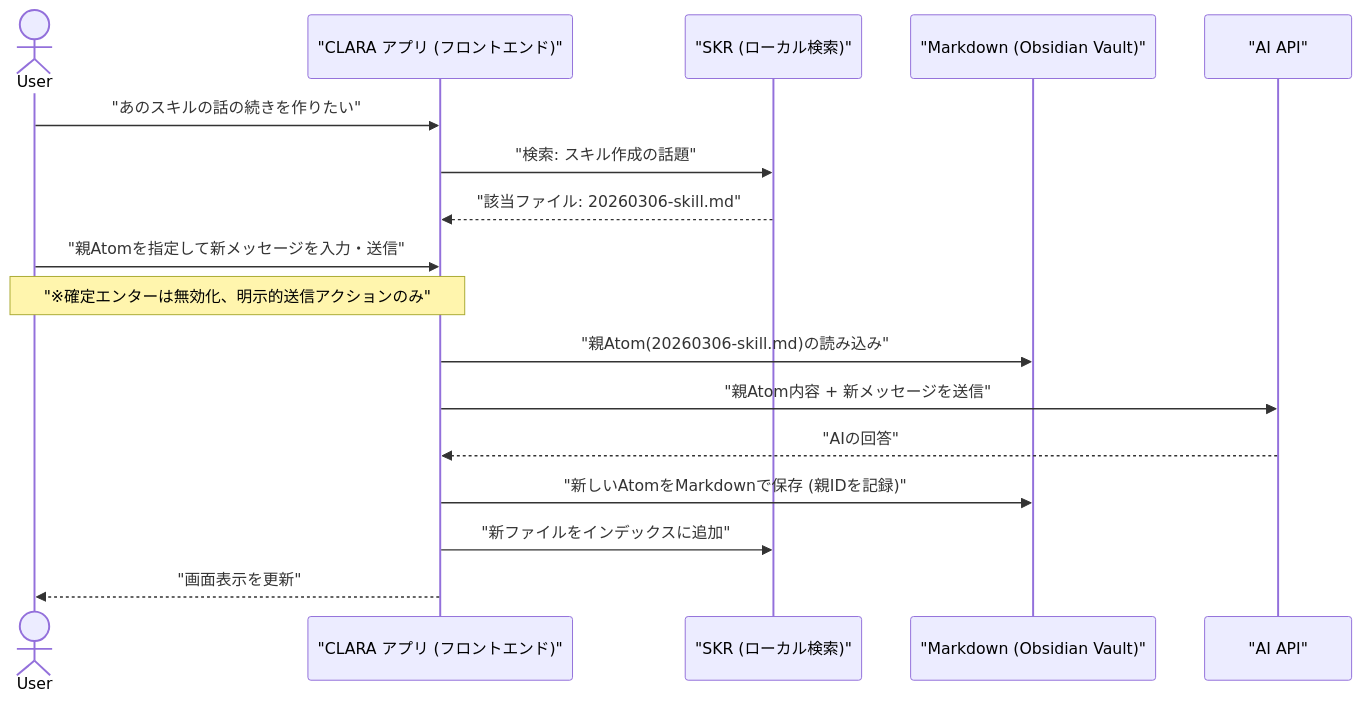
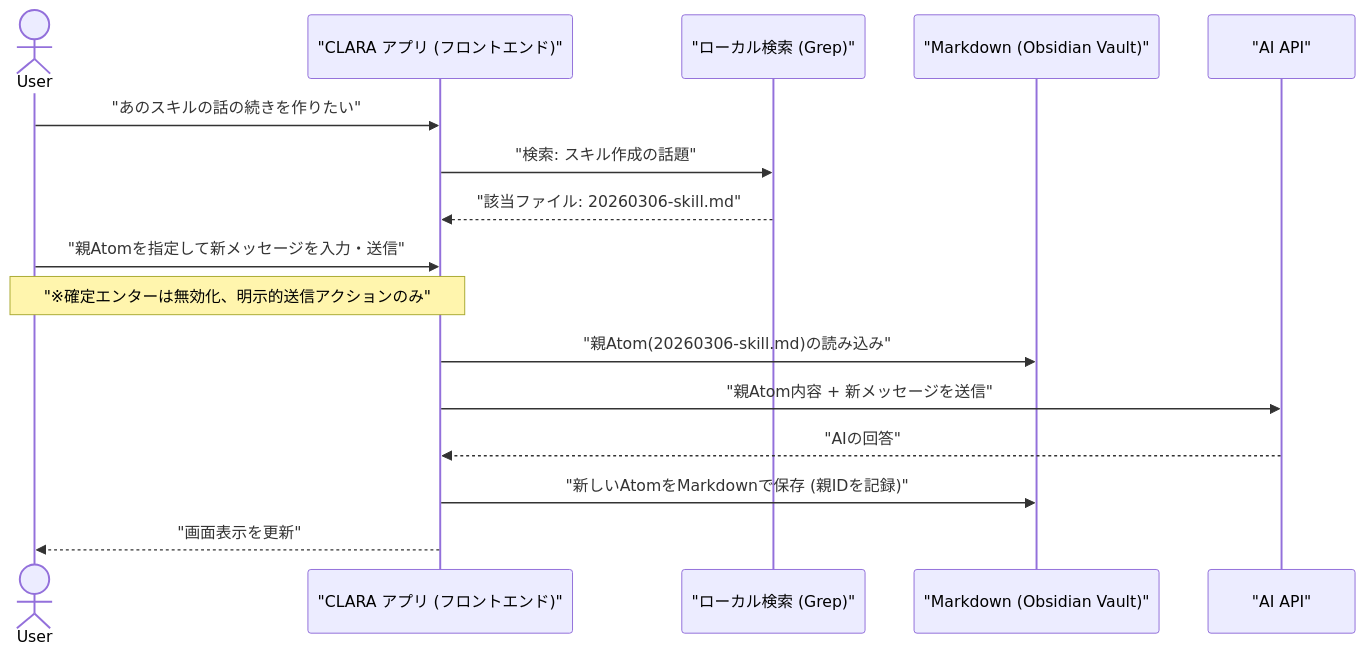
Before and after one commit to nqounet/clara: the diagram in README.md, drawn with Mermaid. The commit also changed other lines of this file, not shown here.

Commit message:
docs: update README.md to reflect on-demand grep search

````diff
--- a/README.md
+++ b/README.md
@@ -50,22 +52,21 @@
 ```mermaid
 sequenceDiagram
     actor User
     participant CLI_GUI as "CLARA アプリ (フロントエンド)"
-    participant SKR as "SKR (ローカル検索)"
+    participant Backend as "ローカル検索 (Grep)"
     participant Files as "Markdown (Obsidian Vault)"
     participant AI as "AI API"
 
     User->>CLI_GUI: "あのスキルの話の続きを作りたい"
-    CLI_GUI->>SKR: "検索: スキル作成の話題"
-    SKR-->>CLI_GUI: "該当ファイル: 20260306-skill.md"
+    CLI_GUI->>Backend: "検索: スキル作成の話題"
+    Backend-->>CLI_GUI: "該当ファイル: 20260306-skill.md"
     User->>CLI_GUI: "親Atomを指定して新メッセージを入力・送信"
     Note over User,CLI_GUI: "※確定エンターは無効化、明示的送信アクションのみ"
 
     CLI_GUI->>Files: "親Atom(20260306-skill.md)の読み込み"
     CLI_GUI->>AI: "親Atom内容 + 新メッセージを送信"
     AI-->>CLI_GUI: "AIの回答"
 
     CLI_GUI->>Files: "新しいAtomをMarkdownで保存 (親IDを記録)"
-    CLI_GUI->>SKR: "新ファイルをインデックスに追加"
     CLI_GUI-->>User: "画面表示を更新"
 ```
````
